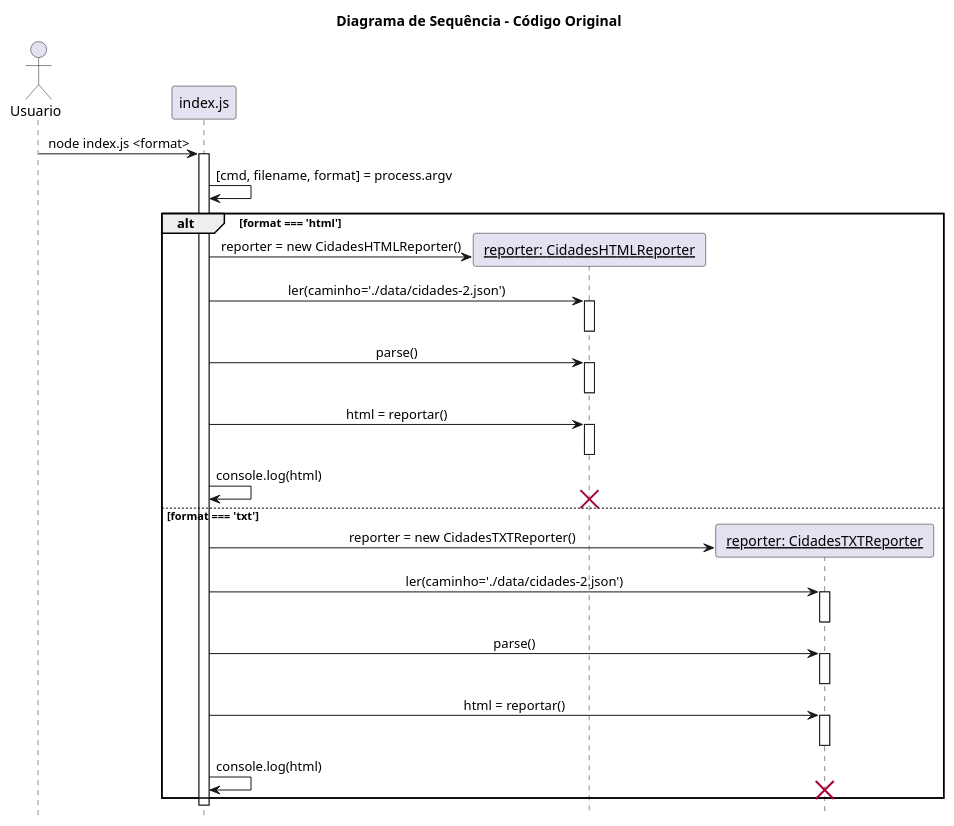
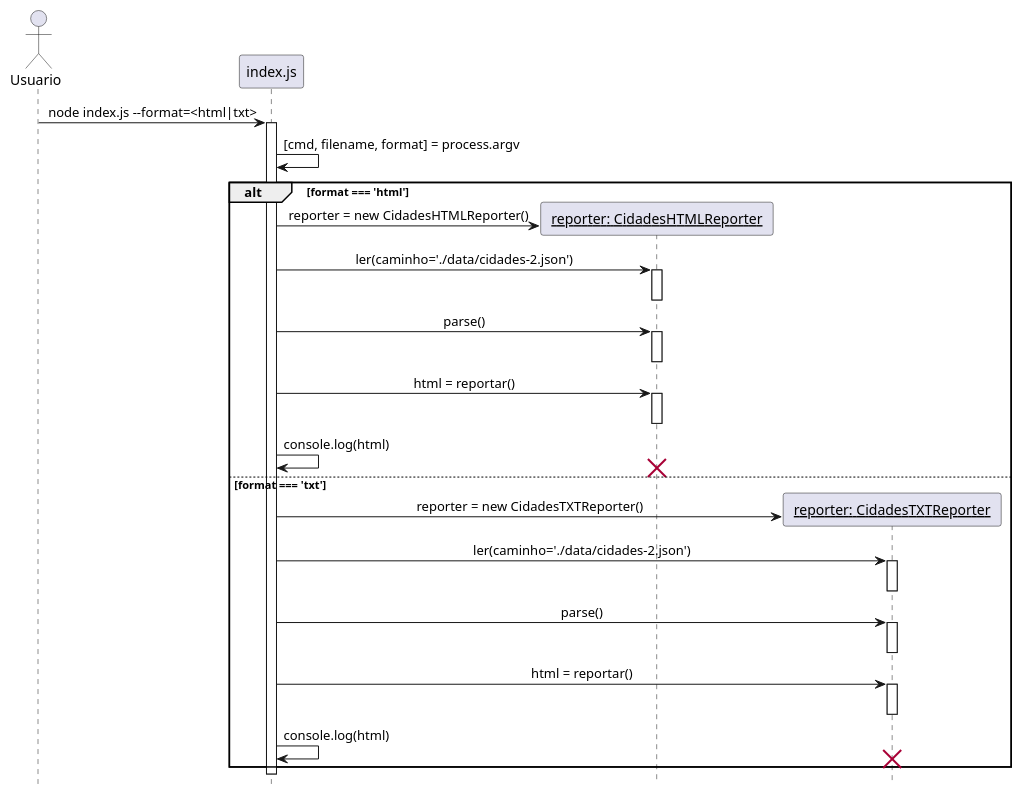
Before and after one commit to DanielVieira02/TP2EngSw: the diagram in diagramas/diagrama-sequencia-original.puml, drawn with PlantUML. The commit also changed 8 other files, not shown here.

Commit message:
Atualiza os diagramas do sistema original

```diff
--- a/diagramas/diagrama-sequencia-original.puml
+++ b/diagramas/diagrama-sequencia-original.puml
@@ -1,56 +1,54 @@
 @startuml
 skinparam sequenceMessageAlign center
 hide footbox
-
-title Diagrama de Sequência - Código Original
 
 actor Usuario
 participant "index.js" as Index
 participant "<u> reporter: CidadesHTMLReporter </u>" as HTML
 participant "<u> reporter: CidadesTXTReporter </u>" as TXT
 
-Usuario -> Index: node index.js <format>
+Usuario -> Index: node index.js --format=<html|txt>
 activate Index
 Index -> Index: [cmd, filename, format] = process.argv
 
 alt format === 'html'
   Index -> HTML ** : reporter = new CidadesHTMLReporter()
 
   Index -> HTML : ler(caminho='./data/cidades-2.json')
   activate HTML
   deactivate HTML
 
   Index -> HTML: parse()
   activate HTML
   deactivate HTML
 
   Index -> HTML: html = reportar()
   activate HTML
   deactivate HTML
 
   Index -> Index: console.log(html)
   destroy HTML
 
 else format === 'txt'
   Index -> TXT ** : reporter = new CidadesTXTReporter()
 
   Index -> TXT : ler(caminho='./data/cidades-2.json')
   activate TXT
   deactivate TXT
 
   Index -> TXT: parse()
   activate TXT
   deactivate TXT
 
   Index -> TXT: html = reportar()
   activate TXT
   deactivate TXT
 
   Index -> Index: console.log(html)
   destroy TXT
 
 end
 
 deactivate Index
 
 @enduml
```
